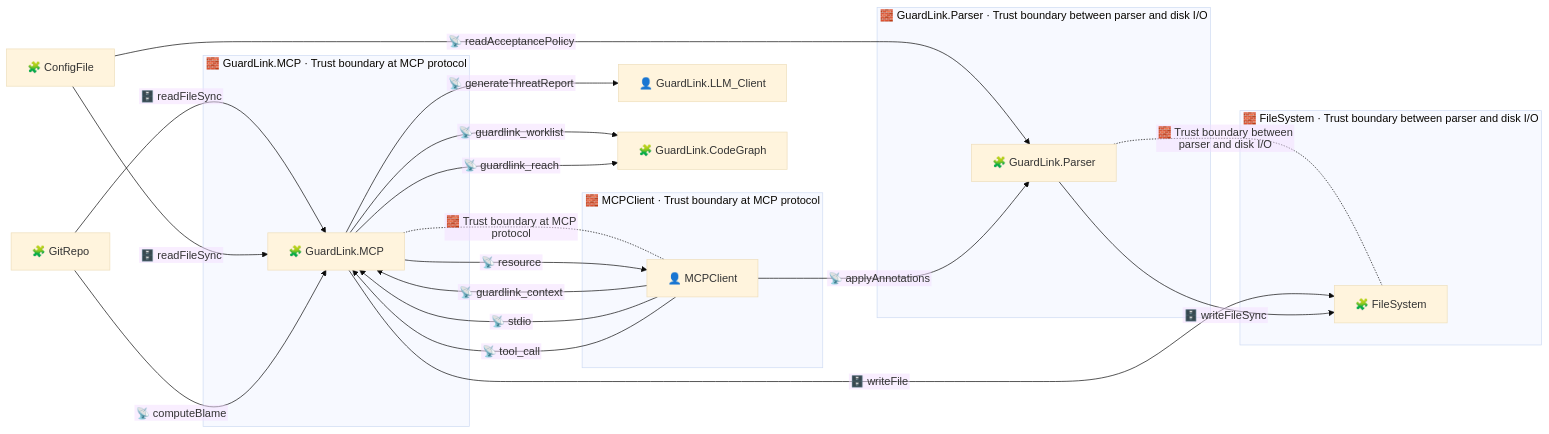
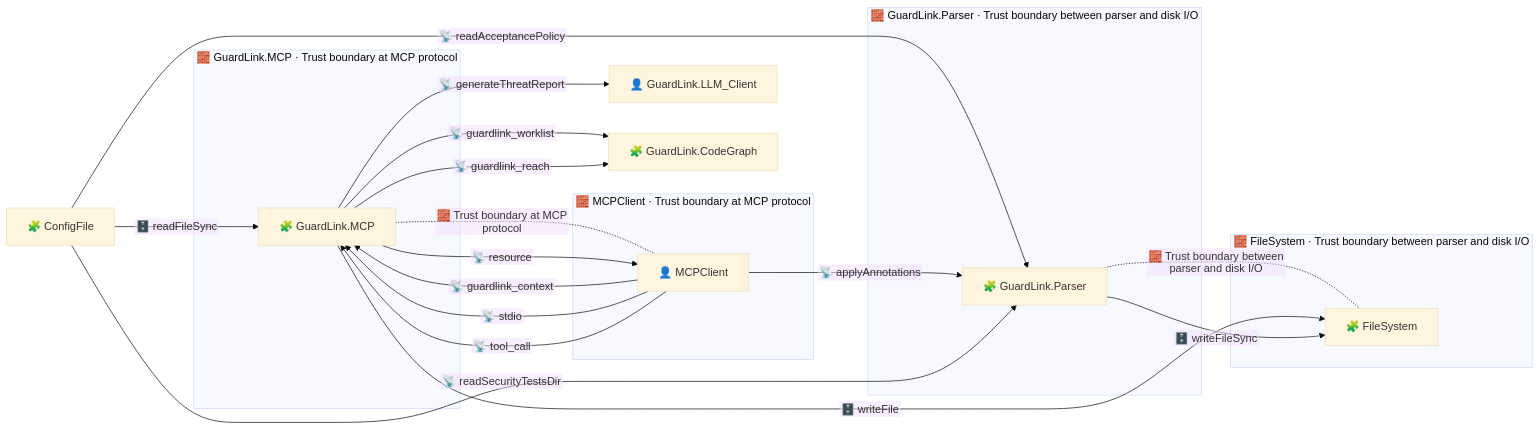
The diagram in .guardlink/graph/by-boundary/mcp-boundary.mmd (Bugb-Technologies/guardlink), drawn with Mermaid (base theme) before and after one commit. The commit also changed 79 other files, not shown here.

```diff
--- a/.guardlink/graph/by-boundary/mcp-boundary.mmd
+++ b/.guardlink/graph/by-boundary/mcp-boundary.mmd
@@ -1,45 +1,43 @@
 %% GENERATED FILE — do not edit. Regenerate with: guardlink artifacts .
 %% artifact:        by-boundary/mcp-boundary.mmd
 %% scope:           PARTIAL — the Trust boundary at MCP protocol between mcp and mcpclient, and what flows across it
-%% annotation_hash: sha256-v3:eebfe786379ae01c37d362c6ddc806a10894157b04af7d4a83fa1132b0902f87
+%% annotation_hash: sha256-v3:977a1b4c61353c08b90c088083d183076365b40756e5f50ef0e4100bee782a12
 %% generator:       guardlink@2.5.0
 %% ---
 %% This diagram is derived from the annotations in this repository. If
 %% annotation_hash above differs from what `guardlink status .` reports, the
 %% diagram is STALE — regenerate rather than trusting it.
 %% When it was generated and at which commit: ask git. Those move for reasons
 %% unrelated to the diagram, so they are reported at emission time, not stored.
 %%{init: {"flowchart": {"nodeSpacing": 44, "rankSpacing": 58, "curve": "basis", "htmlLabels": false}}}%%
 graph LR
   subgraph Z0["🧱 GuardLink.MCP · Trust boundary at MCP protocol"]
     mcp["🧩 GuardLink.MCP"]
   end
   subgraph Z1["🧱 MCPClient · Trust boundary at MCP protocol"]
     mcpclient["👤 MCPClient"]
   end
   subgraph Z2["🧱 GuardLink.Parser · Trust boundary between parser and disk I/O"]
     parser["🧩 GuardLink.Parser"]
   end
   subgraph Z3["🧱 FileSystem · Trust boundary between parser and disk I/O"]
     filesystem["🧩 FileSystem"]
   end
-  gitrepo["🧩 GitRepo"]
   configfile["🧩 ConfigFile"]
   llm_client["👤 GuardLink.LLM_Client"]
   codegraph["🧩 GuardLink.CodeGraph"]
   mcp -.-|🧱 Trust boundary at MCP protocol| mcpclient
   parser -.-|🧱 Trust boundary between parser and disk I/O| filesystem
   mcpclient -- "📡 guardlink_context" --> mcp
-  gitrepo -- "🗄️ readFileSync" --> mcp
   mcpclient -- "📡 stdio" --> mcp
   configfile -- "🗄️ readFileSync" --> mcp
   mcpclient -- "📡 tool_call" --> mcp
   mcp -- "🗄️ writeFile" --> filesystem
   mcp -- "📡 generateThreatReport" --> llm_client
   mcp -- "📡 resource" --> mcpclient
   mcp -- "📡 guardlink_worklist" --> codegraph
   mcp -- "📡 guardlink_reach" --> codegraph
-  gitrepo -- "📡 computeBlame" --> mcp
   configfile -- "📡 readAcceptancePolicy" --> parser
   mcpclient -- "📡 applyAnnotations" --> parser
   parser -- "🗄️ writeFileSync" --> filesystem
+  configfile -- "📡 readSecurityTestsDir" --> parser
```
